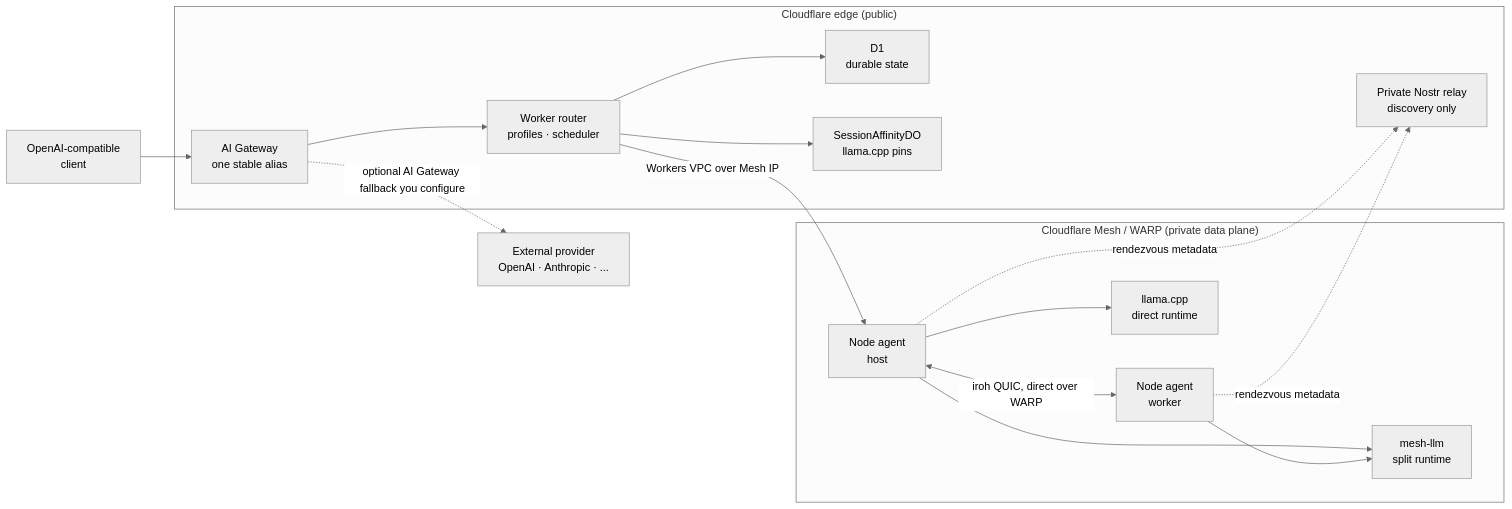
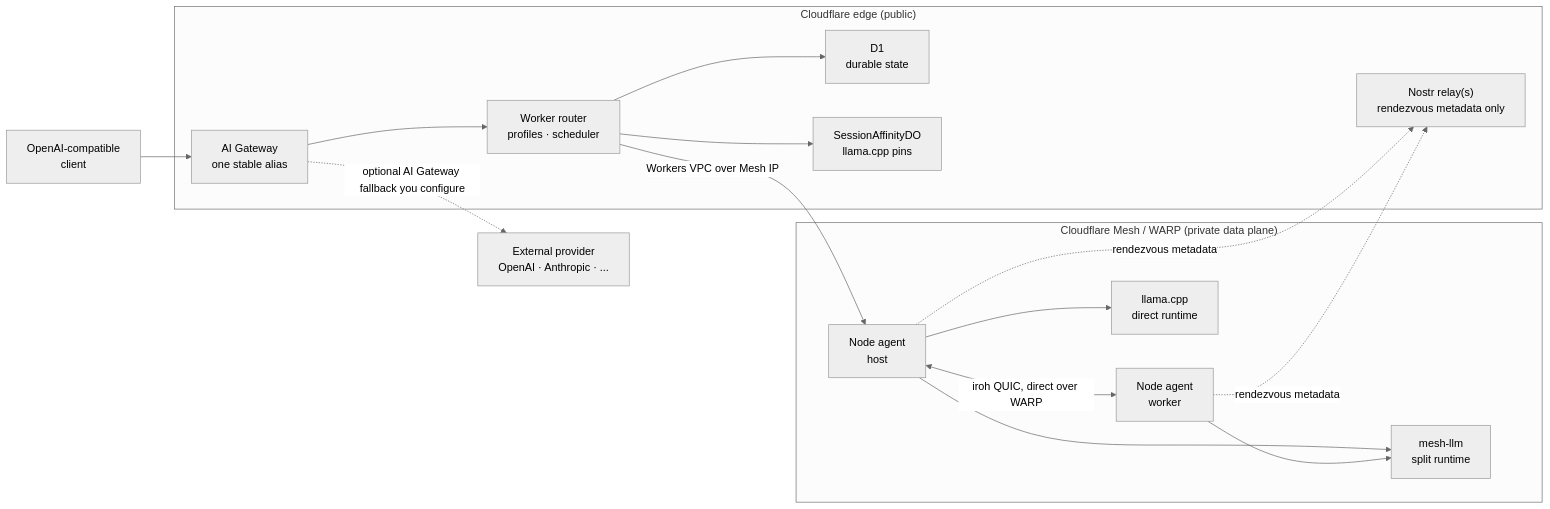
One commit to nikolanovoselec/codeflare-inference-mesh changed the diagram in README.md. Above: the diagram before and after it, drawn with Mermaid (neutral theme). The commit also changed other lines of this file and 27 other files, not shown here.

````diff
--- a/README.md
+++ b/README.md
@@ -32,30 +32,30 @@
 ```mermaid
 flowchart LR
     client["OpenAI-compatible<br/>client"]
     subgraph edge["Cloudflare edge (public)"]
         gateway["AI Gateway<br/>one stable alias"]
         router["Worker router<br/>profiles · scheduler"]
         d1["D1<br/>durable state"]
         affinity["SessionAffinityDO<br/>llama.cpp pins"]
-        nostr["Private Nostr relay<br/>discovery only"]
+        nostr["Nostr relay(s)<br/>rendezvous metadata only"]
     end
     subgraph mesh["Cloudflare Mesh / WARP (private data plane)"]
         nodeA["Node agent<br/>host"]
         nodeB["Node agent<br/>worker"]
         meshllm["mesh-llm<br/>split runtime"]
         llama["llama.cpp<br/>direct runtime"]
     end
     provider["External provider<br/>OpenAI · Anthropic · ..."]
 
     client --> gateway --> router
     router --> d1
     router --> affinity
     router -->|Workers VPC over Mesh IP| nodeA
     nodeA --> meshllm
     nodeA --> llama
     nodeA <-->|iroh QUIC, direct over WARP| nodeB
     nodeB --> meshllm
     nodeA -.->|rendezvous metadata| nostr
     nodeB -.->|rendezvous metadata| nostr
     gateway -.->|optional AI Gateway fallback you configure| provider
 ```
````
